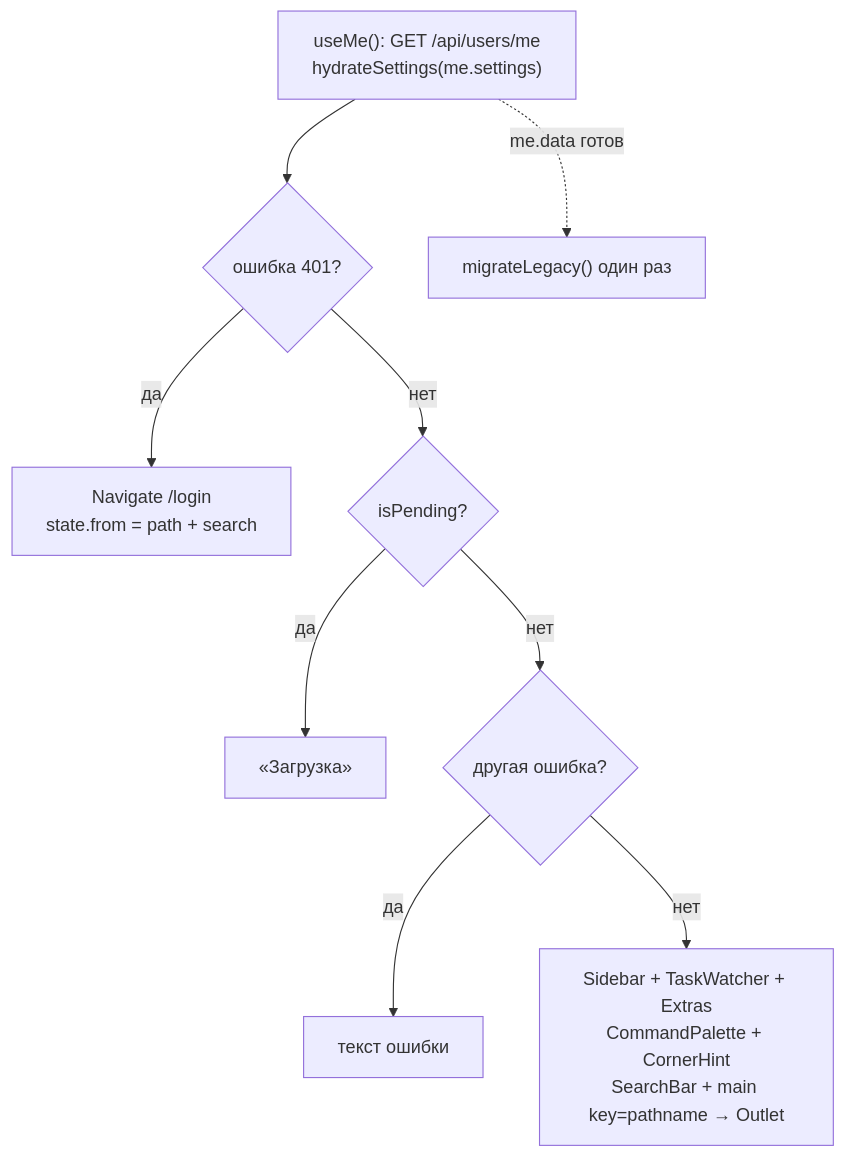
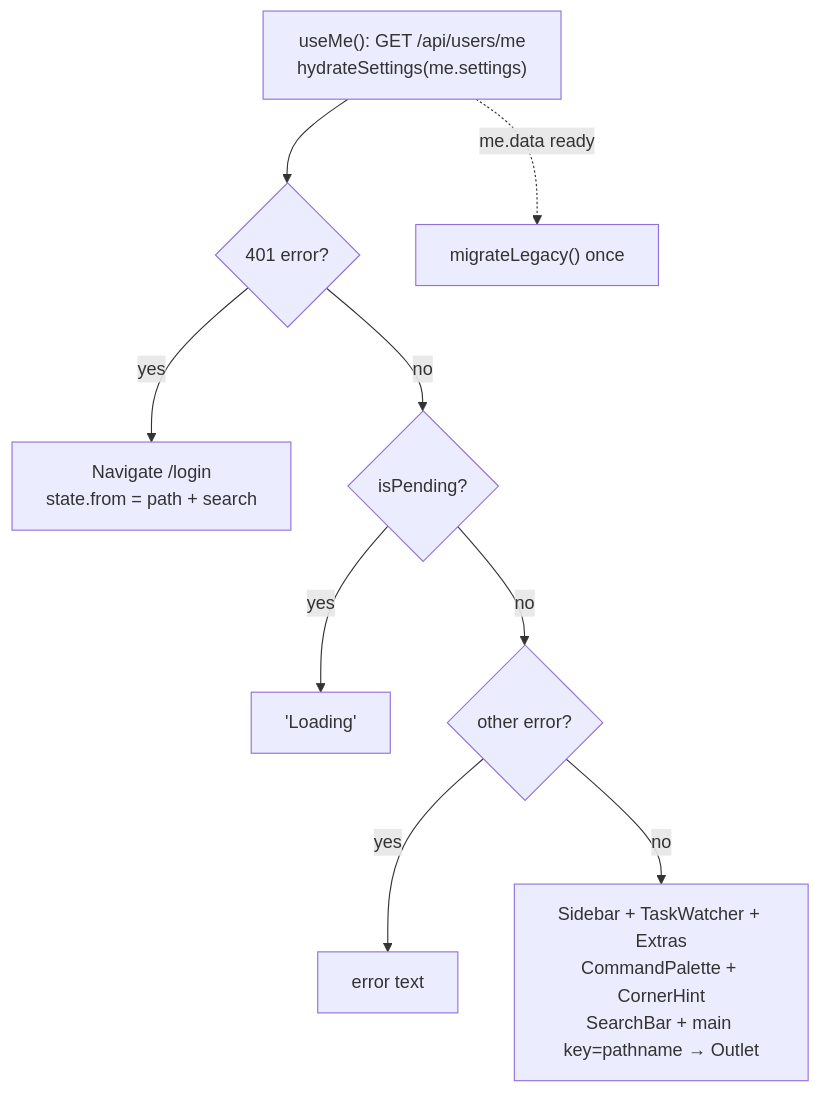
One commit to NikitkaZXC/tcloud-frontend changed the third of 8 diagrams in docs/architecture.md. Above: the diagram before and after it, drawn with Mermaid. The commit also changed other lines of this file and 8 other files, not shown here.

````diff
--- a/docs/architecture.md
+++ b/docs/architecture.md
@@ -77,11 +78,11 @@
 ```mermaid
 flowchart TD
-    me["useMe(): GET /api/users/me<br/>hydrateSettings(me.settings)"] --> s401{"ошибка 401?"}
-    s401 -- да --> nav["Navigate /login<br/>state.from = path + search"]
-    s401 -- нет --> pend{"isPending?"}
-    pend -- да --> loading["«Загрузка»"]
-    pend -- нет --> err{"другая ошибка?"}
-    err -- да --> msg["текст ошибки"]
-    err -- нет --> ui["Sidebar + TaskWatcher + Extras<br/>CommandPalette + CornerHint<br/>SearchBar + main key=pathname → Outlet"]
-    me -. "me.data готов" .-> mig["migrateLegacy() один раз"]
+    me["useMe(): GET /api/users/me<br/>hydrateSettings(me.settings)"] --> s401{"401 error?"}
+    s401 -- yes --> nav["Navigate /login<br/>state.from = path + search"]
+    s401 -- no --> pend{"isPending?"}
+    pend -- yes --> loading["'Loading'"]
+    pend -- no --> err{"other error?"}
+    err -- yes --> msg["error text"]
+    err -- no --> ui["Sidebar + TaskWatcher + Extras<br/>CommandPalette + CornerHint<br/>SearchBar + main key=pathname → Outlet"]
+    me -. "me.data ready" .-> mig["migrateLegacy() once"]
 ```
````
